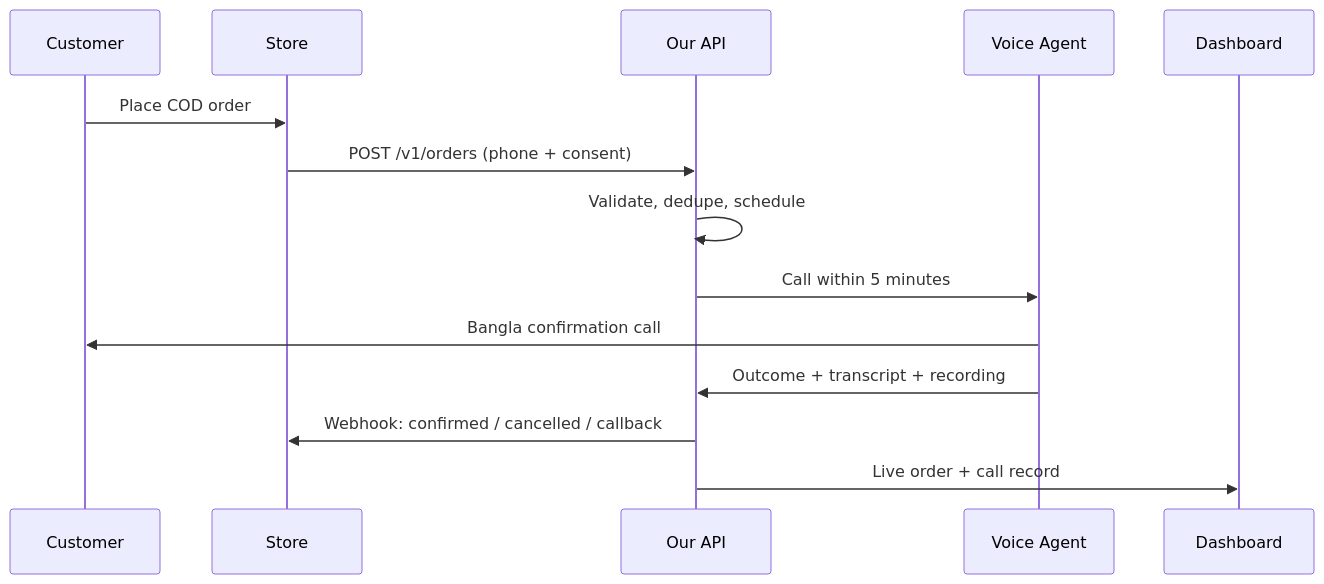
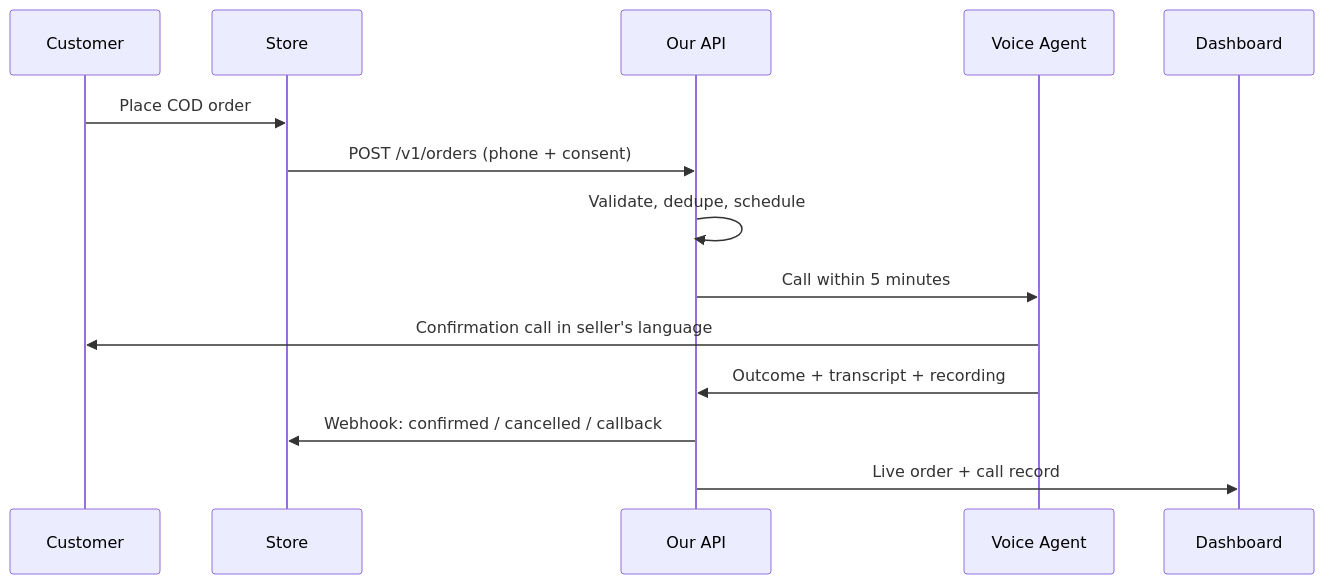
One commit to ahsanka667-ai/customercenterai changed the first of 2 diagrams in PLAN.md. Above: the diagram before and after it, drawn with Mermaid. The commit also changed other lines of this file and 1 other file, not shown here.

Commit message:
Refine plan: B2B SaaS, seller-configured languages, Messenger-first, cost-optimized stack

````diff
--- a/PLAN.md
+++ b/PLAN.md
@@ -448,16 +553,16 @@
 ```mermaid
 sequenceDiagram
   participant C as Customer
   participant S as Store
   participant API as Our API
   participant V as Voice Agent
   participant D as Dashboard
   C->>S: Place COD order
   S->>API: POST /v1/orders (phone + consent)
   API->>API: Validate, dedupe, schedule
   API->>V: Call within 5 minutes
-  V->>C: Bangla confirmation call
+  V->>C: Confirmation call in seller's language
   V->>API: Outcome + transcript + recording
   API->>S: Webhook: confirmed / cancelled / callback
   API->>D: Live order + call record
 ```
````
